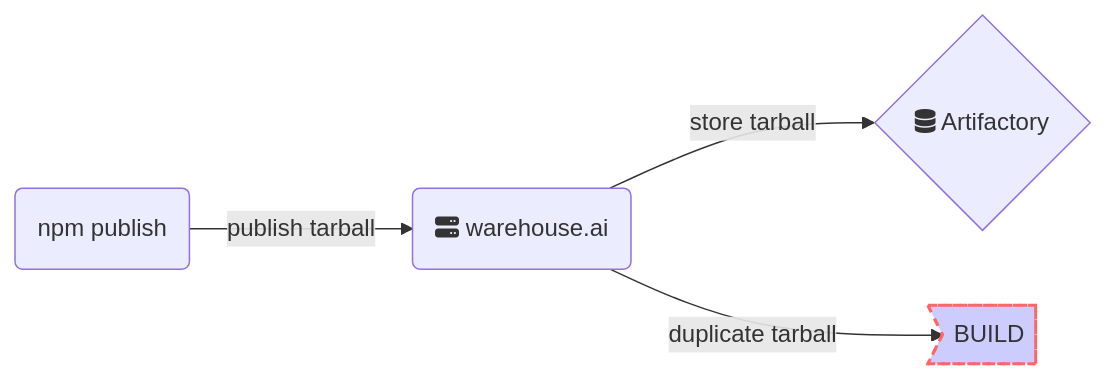
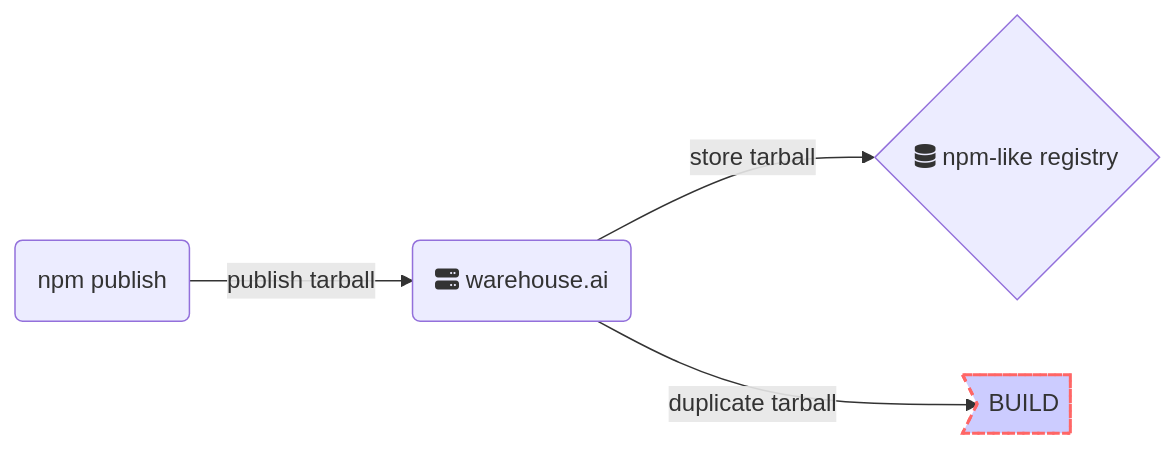
The diagram in assets/diagrams/publish.mmd (godaddy/warehouse.ai), drawn with Mermaid before and after one commit. The commit also changed 11 other files, not shown here.

```diff
--- a/assets/diagrams/publish.mmd
+++ b/assets/diagrams/publish.mmd
@@ -1,11 +1,11 @@
 graph LR
 A(npm publish)
 B(fa:fa-server warehouse.ai)
-C{fa:fa-database Artifactory}
+C{fa:fa-database npm-like registry}
 D>BUILD]
 
 A --> |"publish tarball"| B
 B --> |"store tarball"| C
 B --> |"duplicate tarball"| D
 
 style D fill:#ccf,stroke:#f66,stroke-width:2px,stroke-dasharray: 5, 5
```
